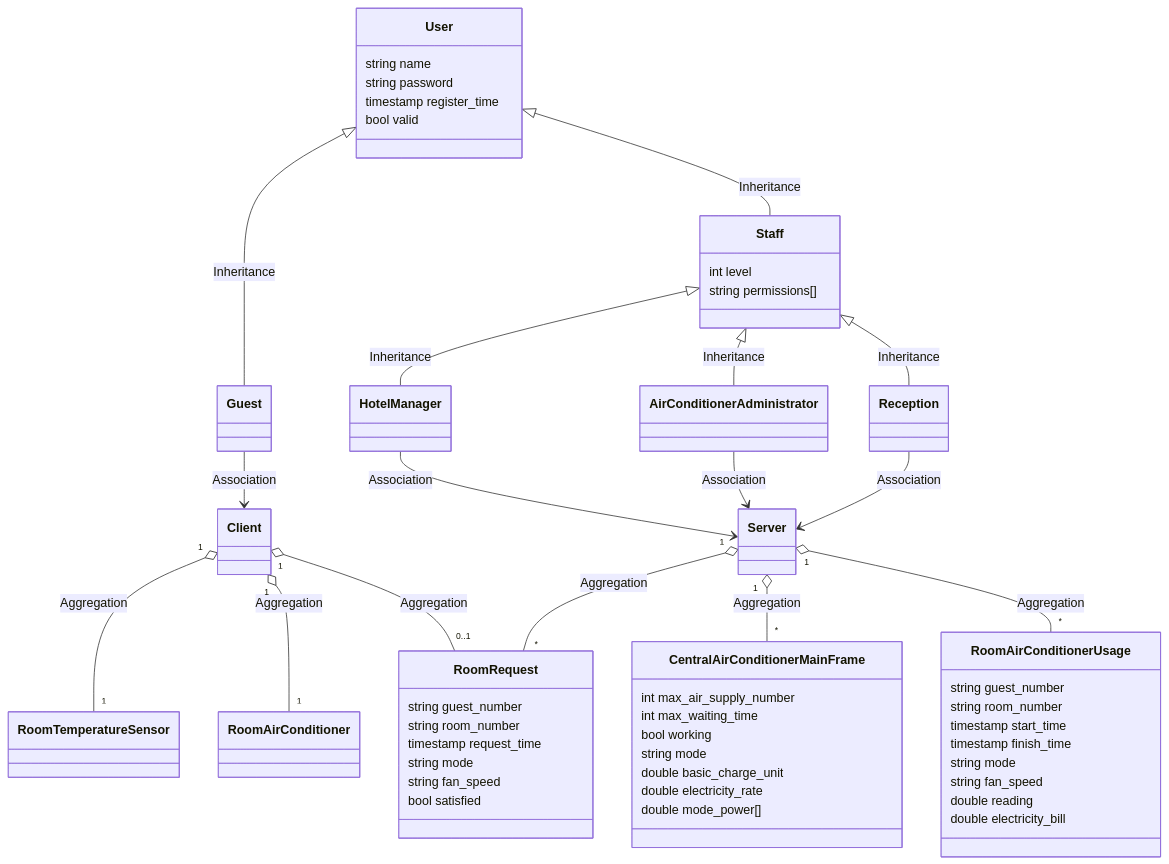
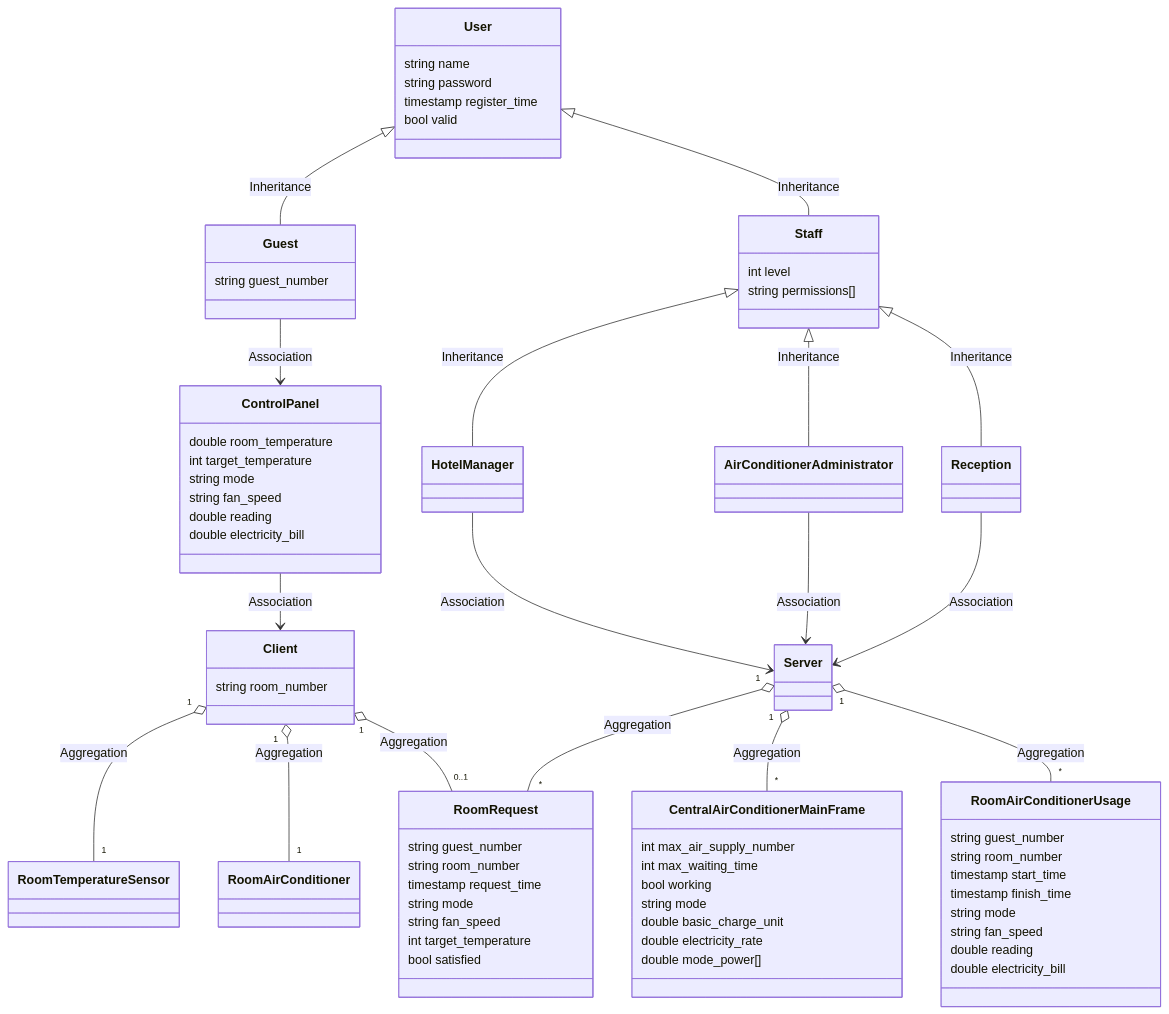
One commit to SimonGH0STRiley/AirConditioningManagementSystem changed the first of 2 diagrams in 分布式温控系统的需求定义及其领域模型.md. Above: the diagram before and after it, drawn with Mermaid. The commit also changed other lines of this file, not shown here.

```diff
--- a/分布式温控系统的需求定义及其领域模型.md
+++ b/分布式温控系统的需求定义及其领域模型.md
@@ -42,7 +43,7 @@
 		
 	}
 	class Client{
-	
+		string room_number
 	}
 	Server "1" o-- "*" CentralAirConditionerMainFrame: Aggregation
 	Server "1" o-- "*" RoomAirConditionerUsage: Aggregation
@@ -75,6 +76,7 @@
 		timestamp request_time
 		string mode
 		string fan_speed
+		int target_temperature
 		bool satisfied
 	}
 	Client "1" o-- "0..1" RoomRequest: Aggregation
@@ -93,17 +95,28 @@
 		int level
 		string permissions[]
 	}
-	class Guest
+	class Guest{
+		string guest_number
+	}
 	class Reception
 	class AirConditionerAdministrator
 	class HotelManager
+	class ControlPanel{
+		double room_temperature
+		int target_temperature
+		string mode
+		string fan_speed
+		double reading
+		double electricity_bill
+	}
 	
 	User <|--Guest: Inheritance
 	User <|--Staff: Inheritance
 	Staff <|-- Reception: Inheritance
 	Staff <|-- AirConditionerAdministrator: Inheritance
 	Staff <|-- HotelManager: Inheritance
-	Guest --> Client: Association
+	Guest --> ControlPanel: Association
+	ControlPanel --> Client: Association
 	Reception --> Server: Association
 	AirConditionerAdministrator --> Server: Association
 	HotelManager --> Server: Association
```
